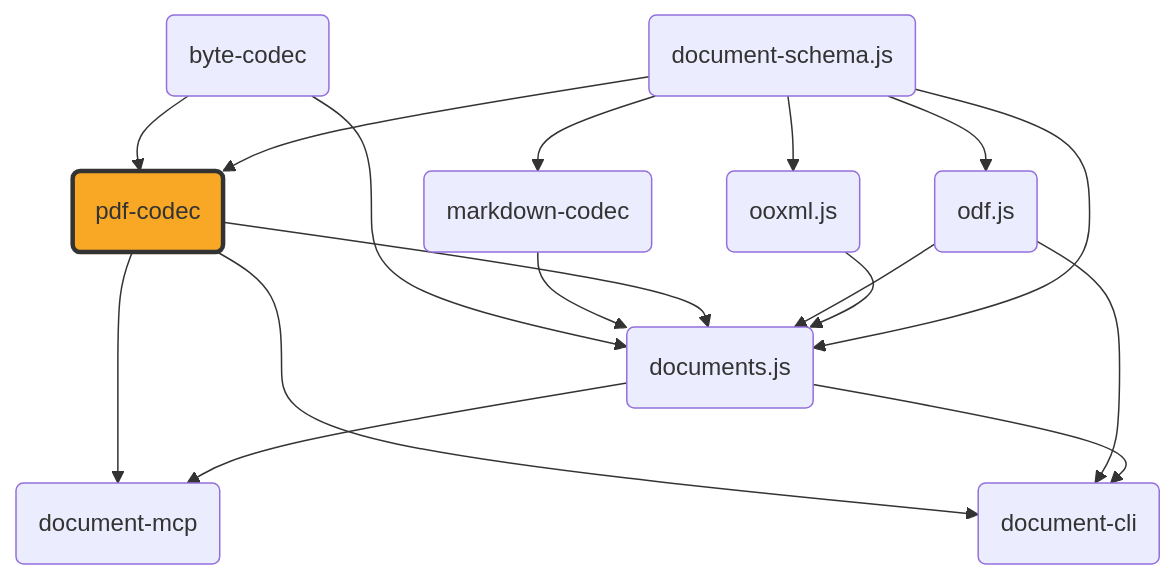
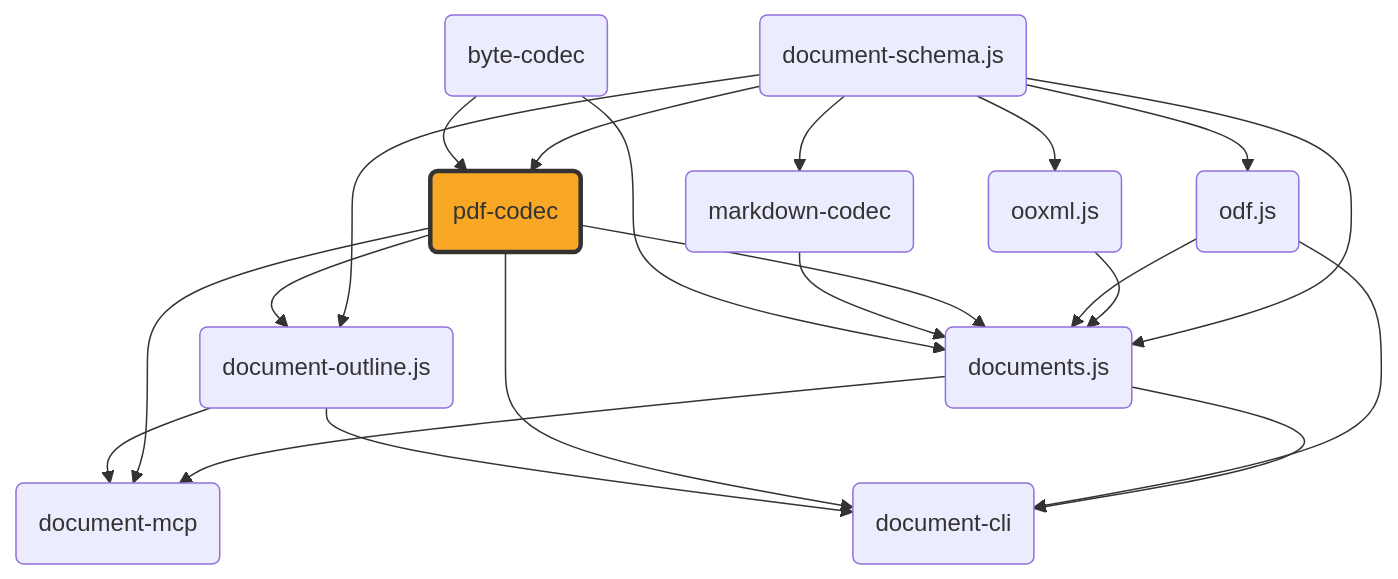
Before and after one commit to ExaDev/documents.js: the diagram in packages/pdf-codec/README.md, drawn with Mermaid. The commit also changed other lines of this file, not shown here.

Commit message:
docs(pdf-codec): note document-outline.js as a LayoutPage consumer
document-outline.js's segmentPdfRegions reads LayoutPage/LayoutItem
directly for page-segmentation analysis, entirely independent of the
semantic reconstruction this package deliberately keeps out of itself.
Adds it to the family dependency diagram and the consumers paragraph.

````diff
--- a/packages/pdf-codec/README.md
+++ b/packages/pdf-codec/README.md
@@ -13,41 +13,47 @@
 ```mermaid
 graph TD
     schema("document-schema.js")
     ooxml("ooxml.js")
     odf("odf.js")
     pdfcodec("pdf-codec")
     mdcodec("markdown-codec")
     bytecodec("byte-codec")
     documents("documents.js")
     mcp("document-mcp")
     cli("document-cli")
+    outline("document-outline.js")
 
     schema --> ooxml
     schema --> odf
     schema --> pdfcodec
     schema --> mdcodec
     schema --> documents
+    schema --> outline
     ooxml --> documents
     odf --> documents
     pdfcodec --> documents
     mdcodec --> documents
     bytecodec --> pdfcodec
     bytecodec --> documents
+    pdfcodec --> outline
     documents --> mcp
     pdfcodec --> mcp
     documents --> cli
     odf --> cli
     pdfcodec --> cli
+    outline --> mcp
+    outline --> cli
 
     click schema "https://github.com/ExaDev/documents.js/tree/main/packages/document-schema.js" "document-schema.js"
     click ooxml "https://github.com/ExaDev/documents.js/tree/main/packages/ooxml.js" "ooxml.js"
     click odf "https://github.com/ExaDev/documents.js/tree/main/packages/odf.js" "odf.js"
     click pdfcodec "https://github.com/ExaDev/documents.js/tree/main/packages/pdf-codec" "pdf-codec"
     click mdcodec "https://github.com/ExaDev/documents.js/tree/main/packages/markdown-codec" "markdown-codec"
     click bytecodec "https://github.com/ExaDev/documents.js/tree/main/packages/byte-codec" "byte-codec"
     click documents "https://github.com/ExaDev/documents.js" "documents.js"
     click mcp "https://github.com/ExaDev/documents.js/tree/main/packages/document-mcp" "document-mcp"
     click cli "https://github.com/ExaDev/documents.js/tree/main/packages/document-cli" "document-cli"
+    click outline "https://github.com/ExaDev/documents.js/tree/main/packages/document-outline.js" "document-outline.js"
 
     style pdfcodec fill:#f9a825,stroke:#333,stroke-width:3px
 ```
````
